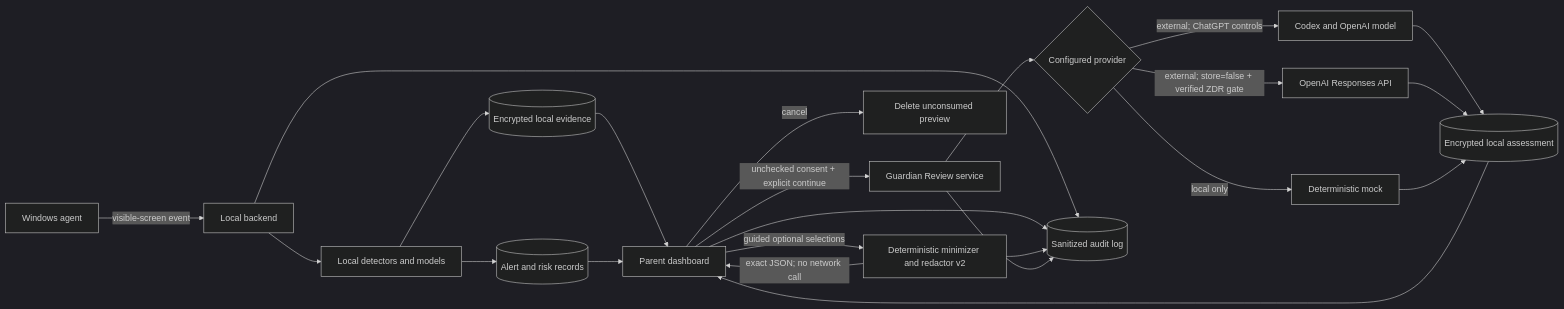
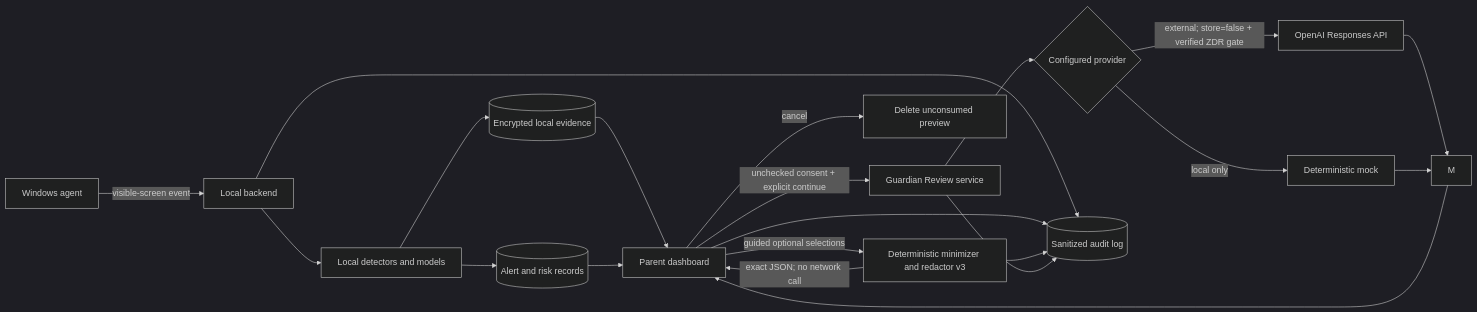
Before and after one commit to the-vibe-dev/guardiannode: the diagram in docs/build-week/PRIVACY_MODEL.md, drawn with Mermaid (dark theme). The commit also changed other lines of this file and 43 other files, not shown here.

````diff
--- a/docs/build-week/PRIVACY_MODEL.md
+++ b/docs/build-week/PRIVACY_MODEL.md
@@ -61,25 +61,23 @@
 ```mermaid
 flowchart LR
     A[Windows agent] -->|visible-screen event| B[Local backend]
     B --> C[Local detectors and models]
     C --> D[(Encrypted local evidence)]
     C --> E[(Alert and risk records)]
     D --> F[Parent dashboard]
     E --> F
-    F -->|guided optional selections| G[Deterministic minimizer and redactor v2]
+    F -->|guided optional selections| G[Deterministic minimizer and redactor v3]
     G -->|exact JSON; no network call| F
     F -->|cancel| X[Delete unconsumed preview]
     F -->|unchecked consent + explicit continue| H[Guardian Review service]
     H --> I{Configured provider}
-    I -->|external; ChatGPT controls| J[Codex and OpenAI model]
     I -->|external; store=false + verified ZDR gate| K[OpenAI Responses API]
     I -->|local only| L[Deterministic mock]
-    J --> M[(Encrypted local assessment)]
     K --> M
     L --> M
     M --> F
     B --> N[(Sanitized audit log)]
     F --> N
     G --> N
     H --> N
 ```
````
